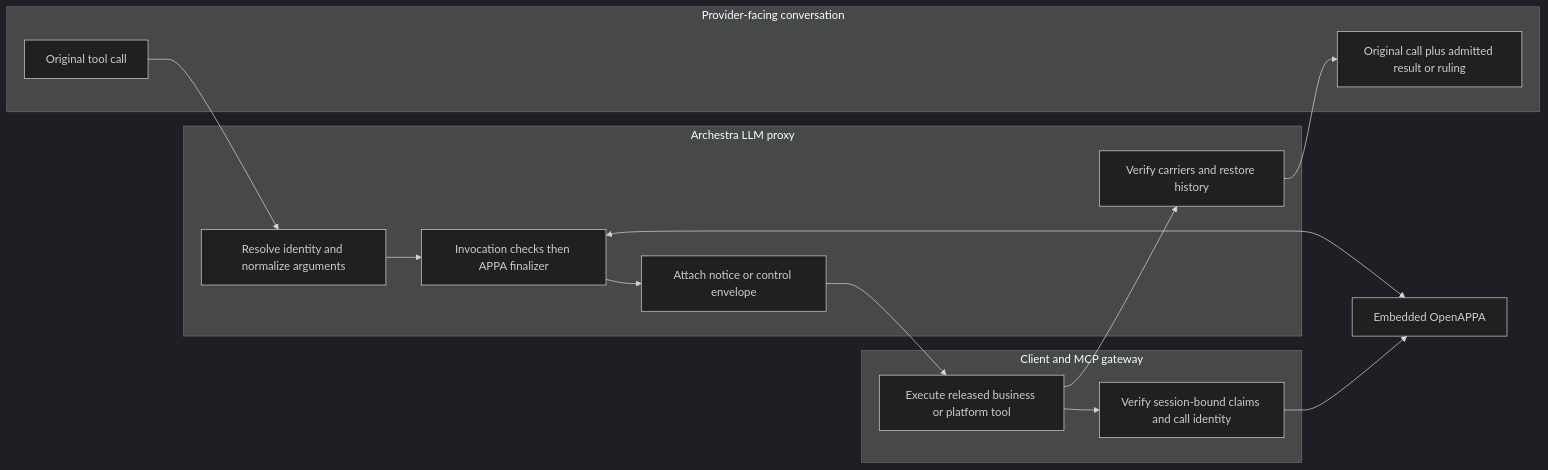
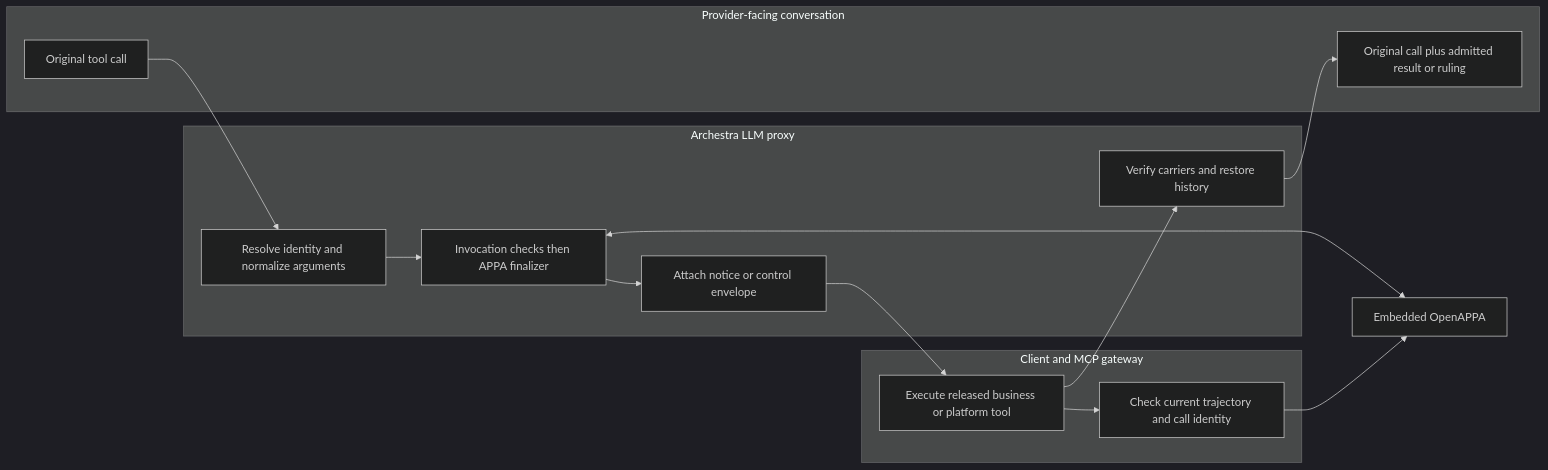
Before and after one commit to archestra-ai/archestra: the third of 10 diagrams in docs/openappa-architecture.md, drawn with Mermaid (dark theme). The commit also changed other lines of this file and 81 other files, not shown here.

````diff
--- a/docs/openappa-architecture.md
+++ b/docs/openappa-architecture.md
@@ -155,23 +157,23 @@
 ```mermaid
 flowchart LR
   subgraph ModelWire[Provider-facing conversation]
     Proposal[Original tool call]
     History[Original call plus admitted result or ruling]
   end
   subgraph Proxy[Archestra LLM proxy]
     Prepare[Resolve identity and normalize arguments]
     Check[Invocation checks then APPA finalizer]
     Encode[Attach notice or control envelope]
     Restore[Verify carriers and restore history]
   end
   subgraph ClientWire[Client and MCP gateway]
     Execute[Execute released business or platform tool]
-    Control[Verify session-bound claims and call identity]
+    Control[Check current trajectory and call identity]
   end
   Runtime[Embedded OpenAPPA]
   Proposal --> Prepare --> Check
   Check <--> Runtime
   Check --> Encode --> Execute
   Execute --> Control --> Runtime
   Execute --> Restore --> History
 ```
````
